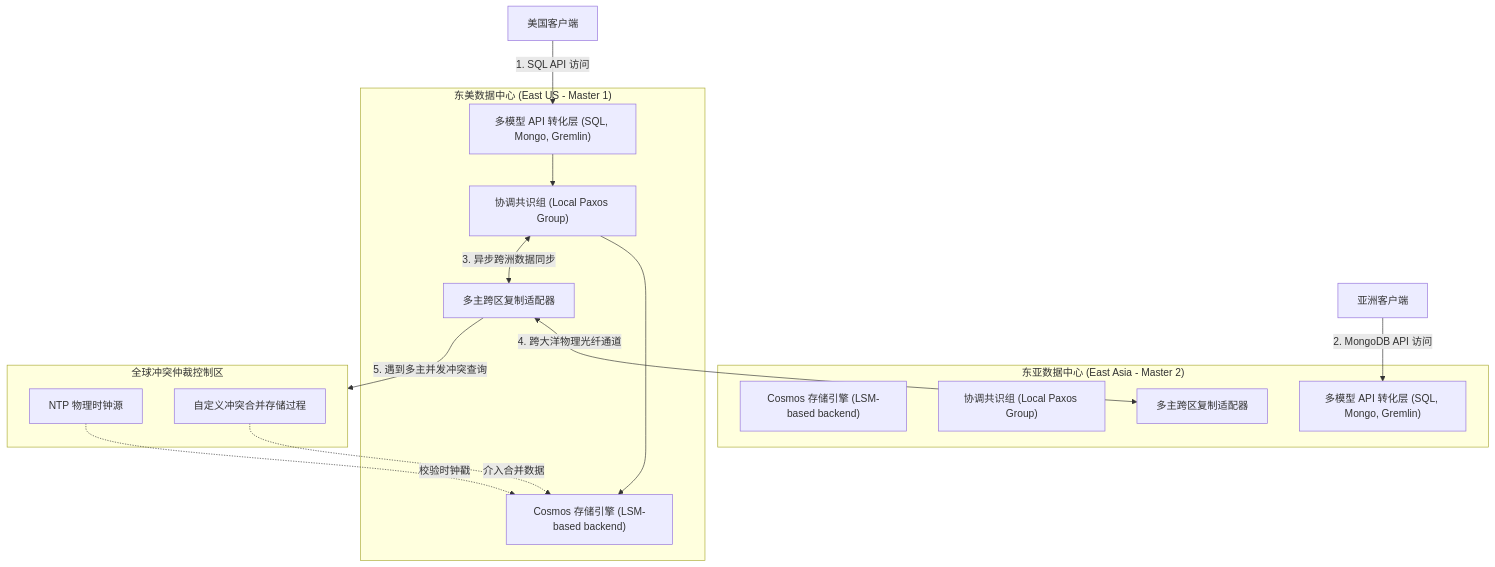
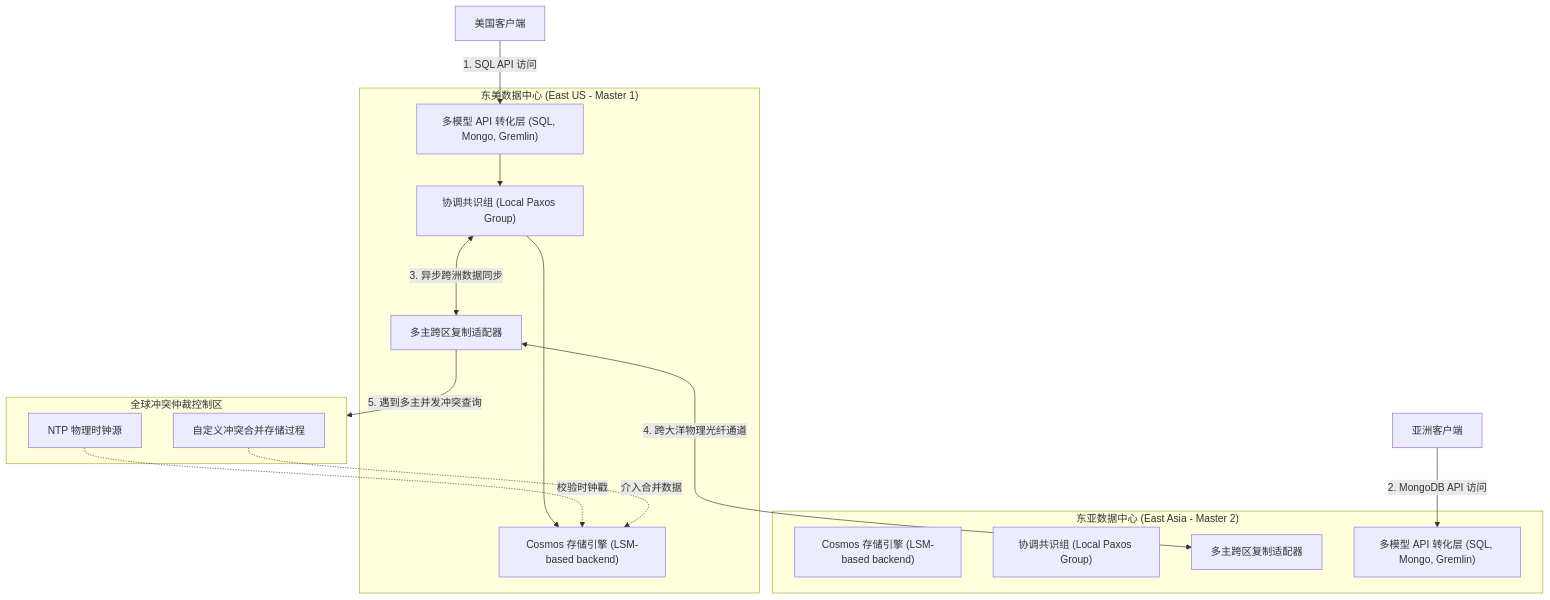
One commit to koosai/AI-Architect-Learning changed the fourth of 7 diagrams in docs/atlas/cosmosdb.mdx. Above: the diagram before and after it, drawn with Mermaid. The commit also changed other lines of this file and 68 other files, not shown here.

Commit message:
fix(atlas): fix browser client-side Mermaid rendering for mindmaps and flowcharts across 67 case studies

````diff
--- a/docs/atlas/cosmosdb.mdx
+++ b/docs/atlas/cosmosdb.mdx
@@ -115,34 +115,34 @@
 ```mermaid
 graph TB
   subgraph East_US["东美数据中心 (East US - Master 1)"]
     StorageEngine_US["Cosmos 存储引擎 (LSM-based backend)"]
     CoordinationGroup_US["协调共识组 (Local Paxos Group)"]
     ReplicationLayer_US["多主跨区复制适配器"]
     ApiLayer_US["多模型 API 转化层 (SQL, Mongo, Gremlin)"]
   end
 
   subgraph East_Asia["东亚数据中心 (East Asia - Master 2)"]
     StorageEngine_Asia["Cosmos 存储引擎 (LSM-based backend)"]
     CoordinationGroup_Asia["协调共识组 (Local Paxos Group)"]
     ReplicationLayer_Asia["多主跨区复制适配器"]
     ApiLayer_Asia["多模型 API 转化层 (SQL, Mongo, Gremlin)"]
   end
 
   subgraph GlobalConsensus["全球冲突仲裁控制区"]
     LwwClock["NTP 物理时钟源"]
     MergeHandler["自定义冲突合并存储过程"]
   end
 
   US_Client["美国客户端"] -->|1. SQL API 访问| ApiLayer_US
   Asia_Client["亚洲客户端"] -->|2. MongoDB API 访问| ApiLayer_Asia
 
   ApiLayer_US --> CoordinationGroup_US
   CoordinationGroup_US --> StorageEngine_US
   
-  CoordinationGroup_US <-->|3. 异步跨洲数据同步| ReplicationLayer_US
-  ReplicationLayer_US <-->|4. 跨大洋物理光纤通道| ReplicationLayer_Asia
+  CoordinationGroup_US <--->|3. 异步跨洲数据同步| ReplicationLayer_US
+  ReplicationLayer_US <--->|4. 跨大洋物理光纤通道| ReplicationLayer_Asia
   
   ReplicationLayer_US -->|5. 遇到多主并发冲突查询| GlobalConsensus
   LwwClock -.->|校验时钟戳| StorageEngine_US
   MergeHandler -.->|介入合并数据| StorageEngine_US
 ```
````
